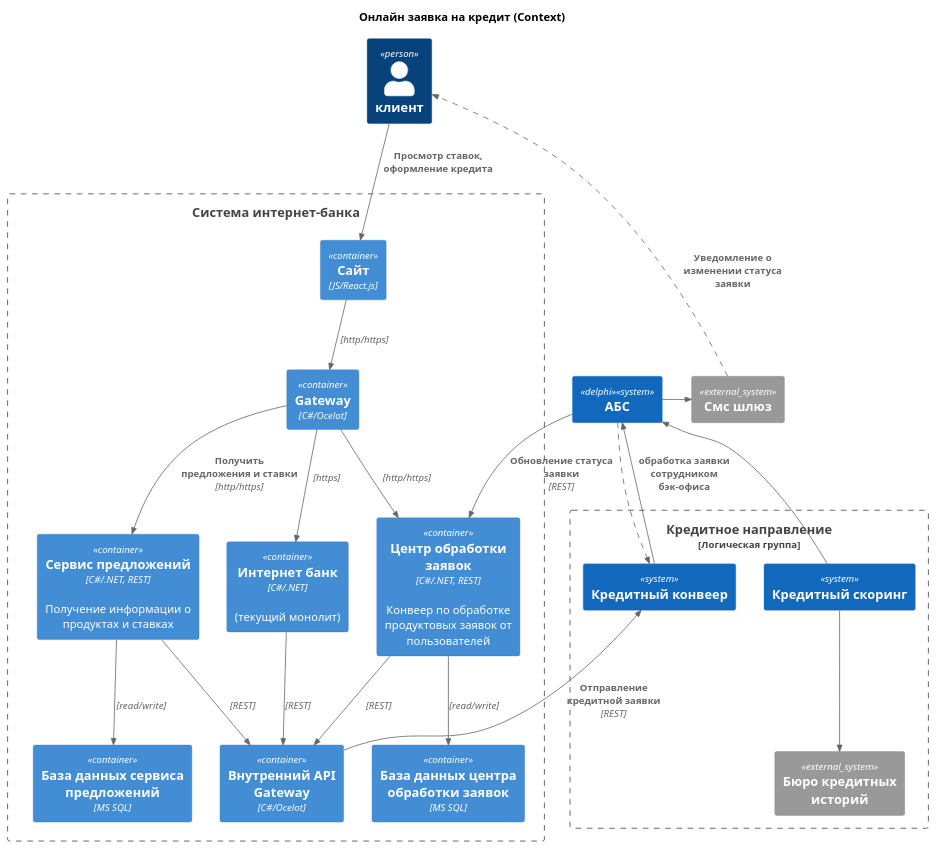
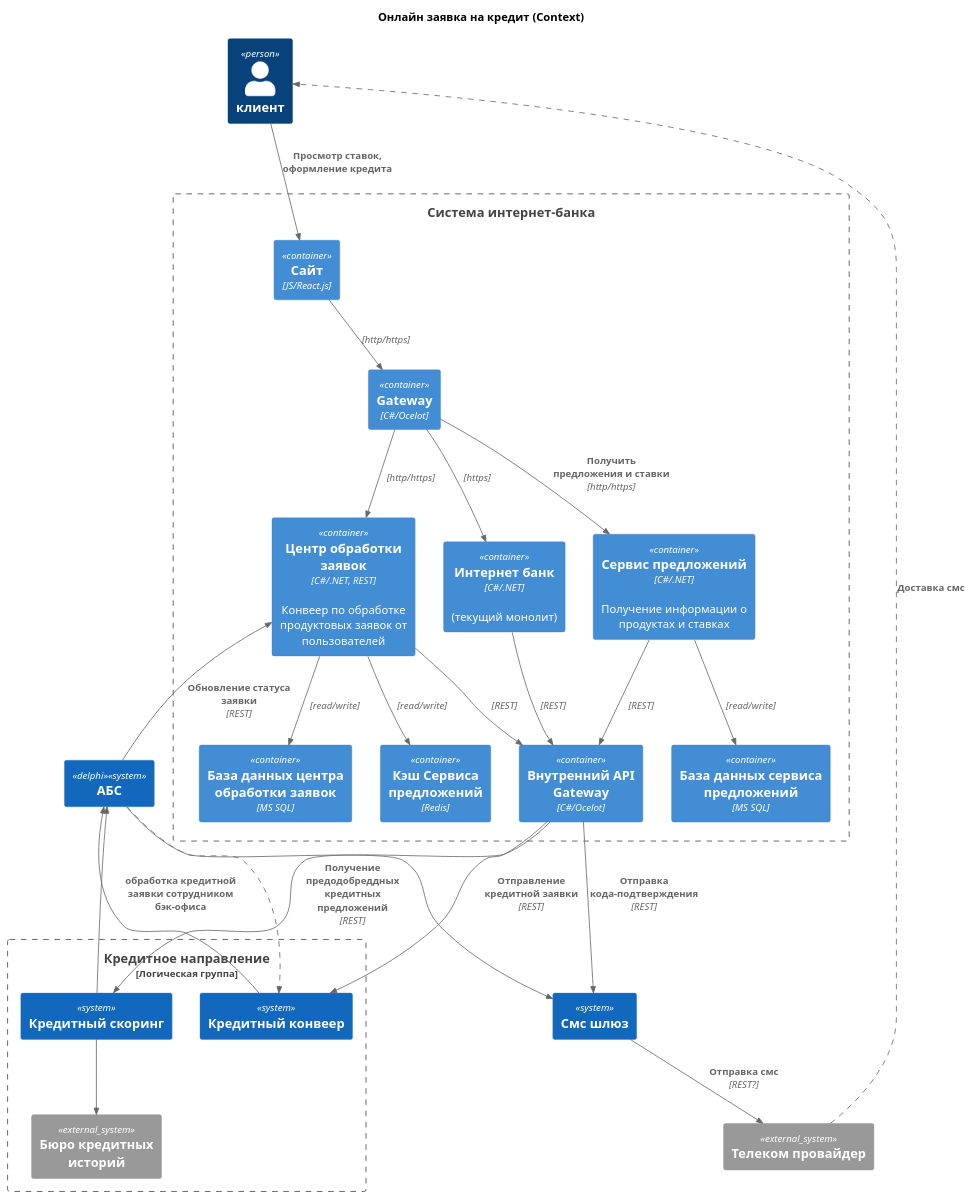
The diagram in Task5/containers.puml (bugurshik/architecture-pro-standart), drawn with PlantUML before and after one commit. The commit also changed 14 other files, not shown here.

```diff
--- a/Task5/containers.puml
+++ b/Task5/containers.puml
@@ -1,63 +1,71 @@
 @startuml Открытие депозита - Context Diagram
 !include https://raw.githubusercontent.com/plantuml-stdlib/C4-PlantUML/master/C4_Container.puml
 
 title Онлайн заявка на кредит (Context)
 AddRelTag("asyncLine", $lineStyle=DashedLine())
 
 ' Чего только не делал, чтобы клиент "всплыл" вверх - не хочет -___-
 
 Person(customer, "клиент", "")
 
 
 Boundary(credit_b, "Кредитное направление", "Логическая группа"){
     System(credit_score, "Кредитный скоринг", "", "", "")
     System(conveer, "Кредитный конвеер", "", "", "")
     System_Ext(buro, "Бюро кредитных историй")
 }
 
 Boundary(bank, "Система интернет-банка", ""){
     Container(site, "Сайт", "JS/React.js")
     Container(gateway, "Gateway", "C#/Ocelot")
-    Container(offers_service, "Сервис предложений", "C#/.NET, REST", "Получение информации о продуктах и ставках")
+    Container(offers_service, "Сервис предложений", "C#/.NET", "Получение информации о продуктах и ставках")
     Container(offers_service_db, "База данных сервиса предложений", "MS SQL")
+    Container(offers_service_cache, "Кэш Сервиса предложений", "Redis")
     Container(customer_center, "Центр обработки заявок", "C#/.NET, REST", "Конвеер по обработке продуктовых заявок от пользователей")
     Container(customer_center_db, "База данных центра обработки заявок ","MS SQL")
     Container(internet_bank, "Интернет банк", "C#/.NET", "(текущий монолит)")
     Container(internal_gateway, "Внутренний API Gateway", "C#/Ocelot", "", "")
 }
 
 System(abc, "АБС", "", "", "delphi")
-System_Ext(sms_gateway, "Смс шлюз")
+
+System(sms_gateway, "Смс шлюз")
+System_Ext(sms_provider, "Телеком провайдер")
 
 Rel(customer, site, "Просмотр ставок, оформление кредита")
 
 Rel(site, gateway, "", "http/https")
 
 Rel(offers_service, offers_service_db, "", "read/write")
 Rel(customer_center, customer_center_db, "", "read/write")
+Rel(customer_center, offers_service_cache, "", "read/write")
 
 Rel(gateway, internet_bank, "", "https")
 Rel(gateway, offers_service, "Получить предложения и ставки", "http/https")
 Rel(gateway, customer_center, "", "http/https")
 
 Rel_R(abc, sms_gateway, "")
 
 Rel(abc, conveer, "", $tags="asyncLine" )
-Rel(conveer, abc, "обработка заявки сотрудником бэк-офиса", )
+Rel(conveer, abc, "обработка кредитной заявки сотрудником бэк-офиса", )
 
-Rel(sms_gateway, customer, "Уведомление о изменении статуса заявки", $tags="asyncLine")
+Rel(sms_gateway, sms_provider, "Отправка смс", "REST?")
+Rel(sms_provider, customer, "Доставка смс", $tags="asyncLine")
 
 Rel(credit_score, buro, "")
 Rel(credit_score, abc, "")
 
 Rel(internet_bank, internal_gateway, "", "REST")
 Rel(offers_service, internal_gateway, "", "REST")
 Rel(customer_center, internal_gateway, "", "REST")
+Rel(internal_gateway, sms_gateway, "Отправка кода-подтверждения", "REST")
+Rel(internal_gateway, conveer, "Отправление кредитной заявки", "REST")
+Rel(internal_gateway, credit_score, "Получение предодобреддных кредитных предложений", "REST")
+
 Rel(abc, customer_center, "Обновление статуса заявки", "REST")
-Rel(internal_gateway, conveer, "Отправление кредитной заявки", "REST")
 
 Lay_U(bank, customer)
 Lay_U(site, customer)
 Lay_U(abc, customer)
 
 @enduml
```
